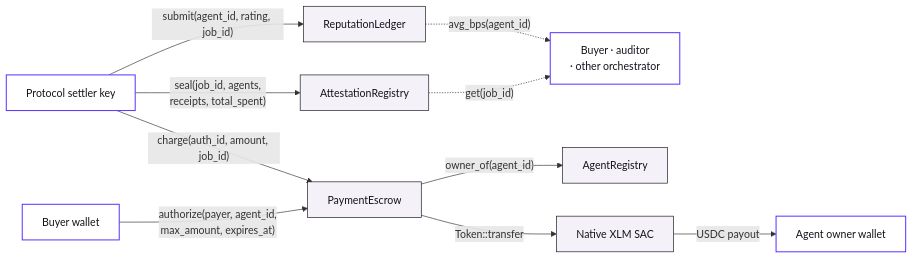
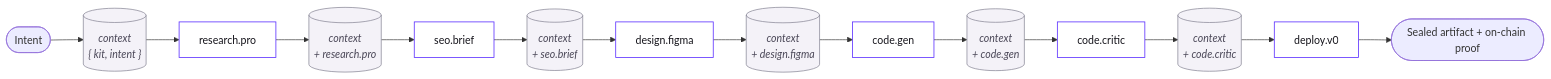
Before and after one commit to Bl0cksmiths/Orizon-Agents-FE-Stellar: the diagram in figures/figure-4.mmd, drawn with Mermaid. The commit also changed 8 other files, not shown here.

Commit message:
renamed figure files to their caption numbers

```diff
--- a/figures/figure-4.mmd
+++ b/figures/figure-4.mmd
@@ -1,22 +1,19 @@
 flowchart LR
-    Buyer["Buyer wallet"]
-    Settler["Protocol settler key"]
-    Owner["Agent owner wallet"]
-    Reader["Buyer · auditor<br/>· other orchestrator"]
+    I([Intent]) --> C0[("context<br/>{ kit, intent }")]
+    C0 --> W1["research.pro"]
+    W1 --> C1[("context<br/>+ research.pro")]
+    C1 --> W2["seo.brief"]
+    W2 --> C2[("context<br/>+ seo.brief")]
+    C2 --> W3["design.figma"]
+    W3 --> C3[("context<br/>+ design.figma")]
+    C3 --> W4["code.gen"]
+    W4 --> C4[("context<br/>+ code.gen")]
+    C4 --> W5["code.critic"]
+    W5 --> C5[("context<br/>+ code.critic")]
+    C5 --> W6["deploy.v0"]
+    W6 --> OUT([Sealed artifact + on-chain proof])
 
-    Buyer -- "authorize(payer, agent_id,<br/>max_amount, expires_at)" --> PE["PaymentEscrow"]
-    Settler -- "charge(auth_id, amount, job_id)" --> PE
-    PE -- "owner_of(agent_id)" --> AR["AgentRegistry"]
-    PE -- "Token::transfer" --> SAC["Native XLM SAC"]
-    SAC -- "USDC payout" --> Owner
-
-    Settler -- "seal(job_id, agents,<br/>receipts, total_spent)" --> AT["AttestationRegistry"]
-    Settler -- "submit(agent_id, rating, job_id)" --> RL["ReputationLedger"]
-
-    AT -. "get(job_id)" .-> Reader
-    RL -. "avg_bps(agent_id)" .-> Reader
-
-    classDef wallet fill:#FFFFFF,stroke:#5A2EFF,stroke-width:1.5px,color:#14131A
-    classDef contract fill:#F4F2F8,stroke:#14131A,stroke-width:1px,color:#14131A
-    class Buyer,Settler,Owner,Reader wallet
-    class PE,AR,AT,RL,SAC contract
+    classDef worker fill:#FFFFFF,stroke:#5A2EFF,stroke-width:1.2px,color:#14131A
+    classDef state fill:#F4F2F8,stroke:#7C7A8B,stroke-width:1px,color:#4A4757,font-style:italic
+    class W1,W2,W3,W4,W5,W6 worker
+    class C0,C1,C2,C3,C4,C5 state
```
